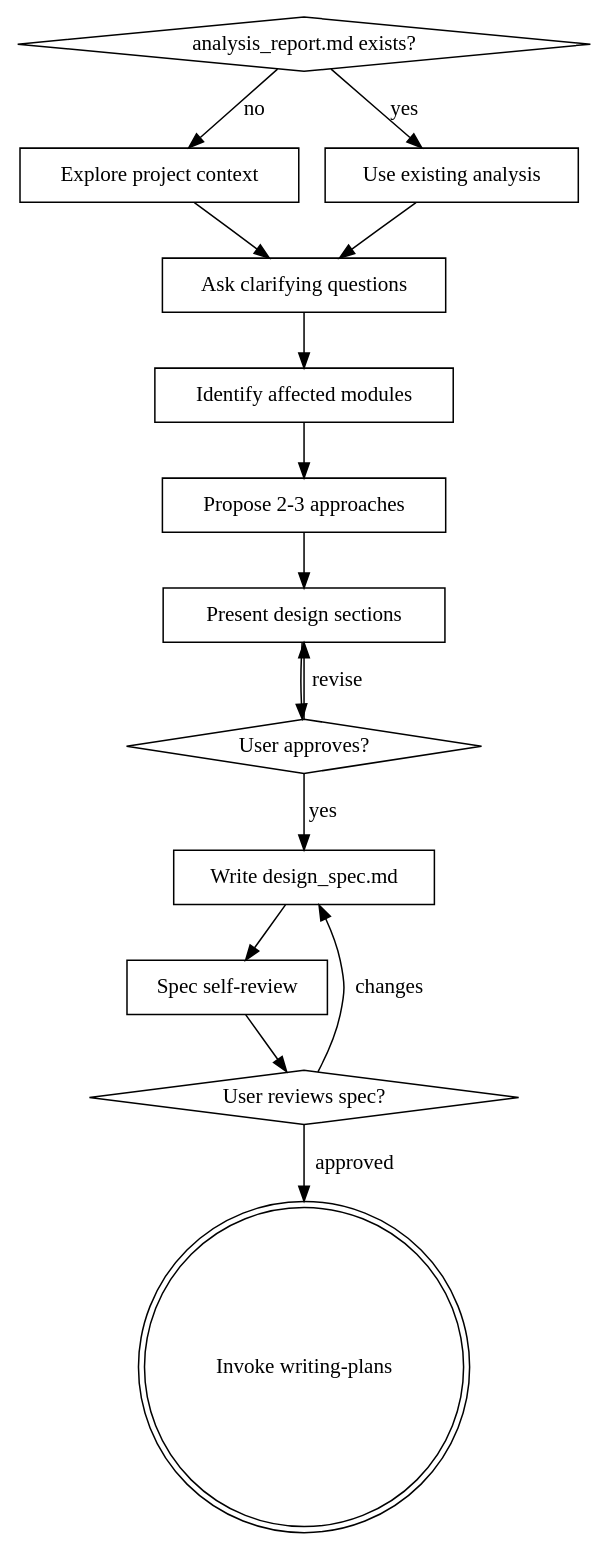
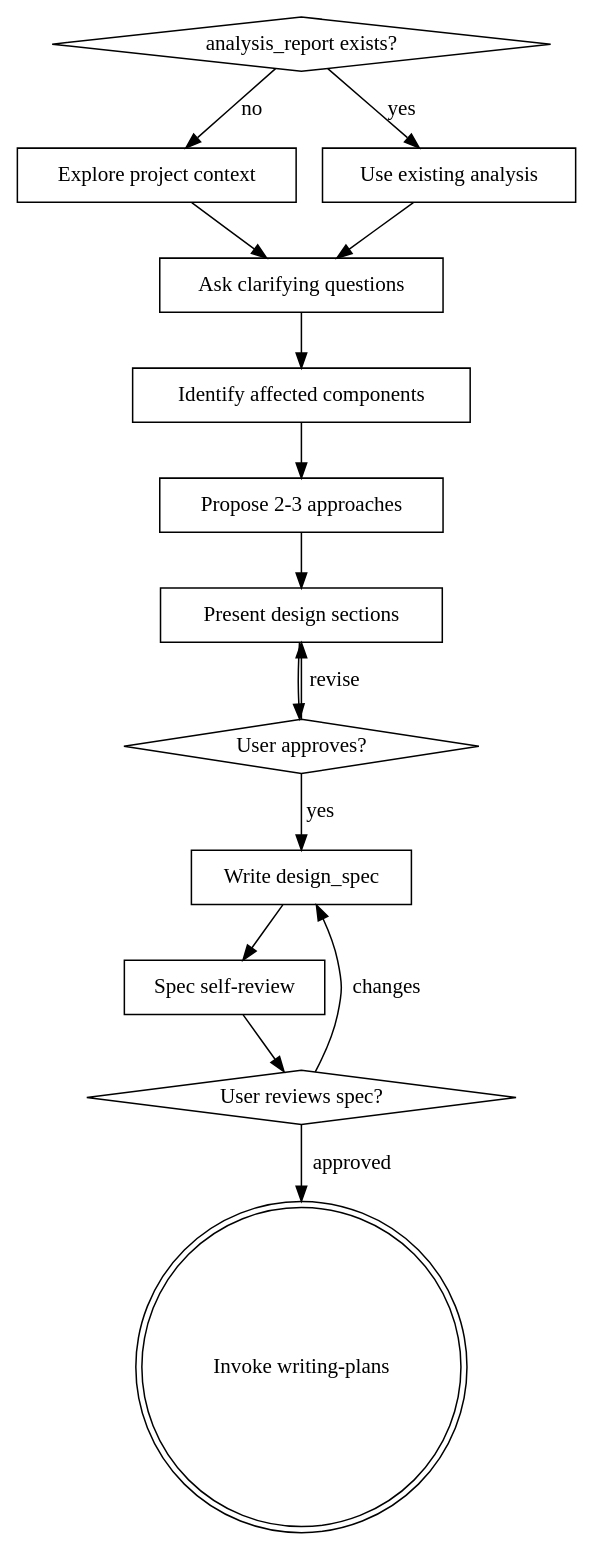
Before and after one commit to kmj5228/aim-harness: the diagram in generated/aim-harness/skills/core/brainstorming/SKILL.md, drawn with Graphviz. The commit also changed other lines of this file and 50 other files, not shown here.

````diff
--- a/generated/aim-harness/skills/core/brainstorming/SKILL.md
+++ b/generated/aim-harness/skills/core/brainstorming/SKILL.md
@@ -37,31 +37,31 @@
 ```dot
 digraph brainstorming {
-    "analysis_report.md exists?" [shape=diamond];
+    "analysis_report exists?" [shape=diamond];
     "Explore project context" [shape=box];
     "Use existing analysis" [shape=box];
     "Ask clarifying questions" [shape=box];
-    "Identify affected modules" [shape=box];
+    "Identify affected components" [shape=box];
     "Propose 2-3 approaches" [shape=box];
     "Present design sections" [shape=box];
     "User approves?" [shape=diamond];
-    "Write design_spec.md" [shape=box];
+    "Write design_spec" [shape=box];
     "Spec self-review" [shape=box];
     "User reviews spec?" [shape=diamond];
     "Invoke writing-plans" [shape=doublecircle];
 
-    "analysis_report.md exists?" -> "Use existing analysis" [label="yes"];
-    "analysis_report.md exists?" -> "Explore project context" [label="no"];
+    "analysis_report exists?" -> "Use existing analysis" [label="yes"];
+    "analysis_report exists?" -> "Explore project context" [label="no"];
     "Use existing analysis" -> "Ask clarifying questions";
     "Explore project context" -> "Ask clarifying questions";
-    "Ask clarifying questions" -> "Identify affected modules";
-    "Identify affected modules" -> "Propose 2-3 approaches";
+    "Ask clarifying questions" -> "Identify affected components";
+    "Identify affected components" -> "Propose 2-3 approaches";
     "Propose 2-3 approaches" -> "Present design sections";
     "Present design sections" -> "User approves?";
     "User approves?" -> "Present design sections" [label="revise"];
-    "User approves?" -> "Write design_spec.md" [label="yes"];
-    "Write design_spec.md" -> "Spec self-review";
+    "User approves?" -> "Write design_spec" [label="yes"];
+    "Write design_spec" -> "Spec self-review";
     "Spec self-review" -> "User reviews spec?";
-    "User reviews spec?" -> "Write design_spec.md" [label="changes"];
+    "User reviews spec?" -> "Write design_spec" [label="changes"];
     "User reviews spec?" -> "Invoke writing-plans" [label="approved"];
 }
 ```
````
